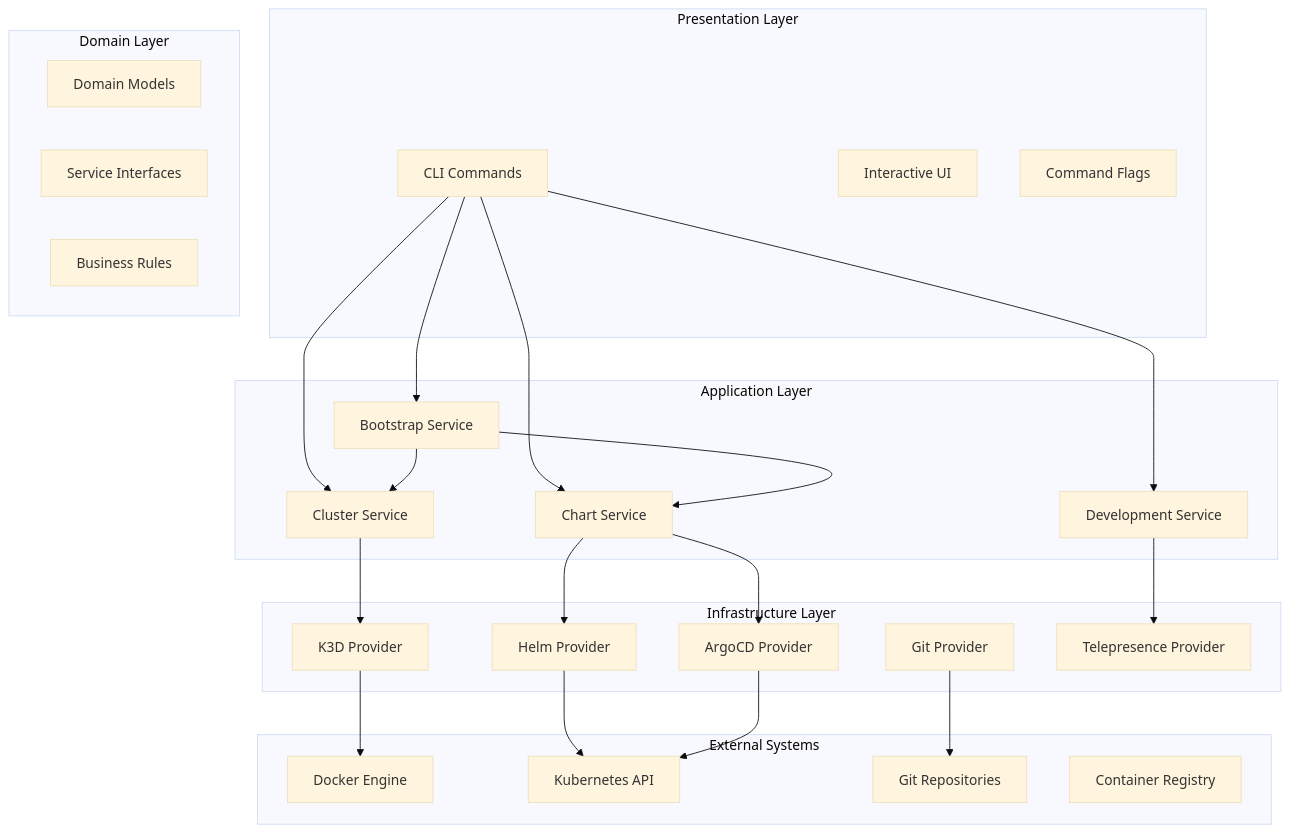
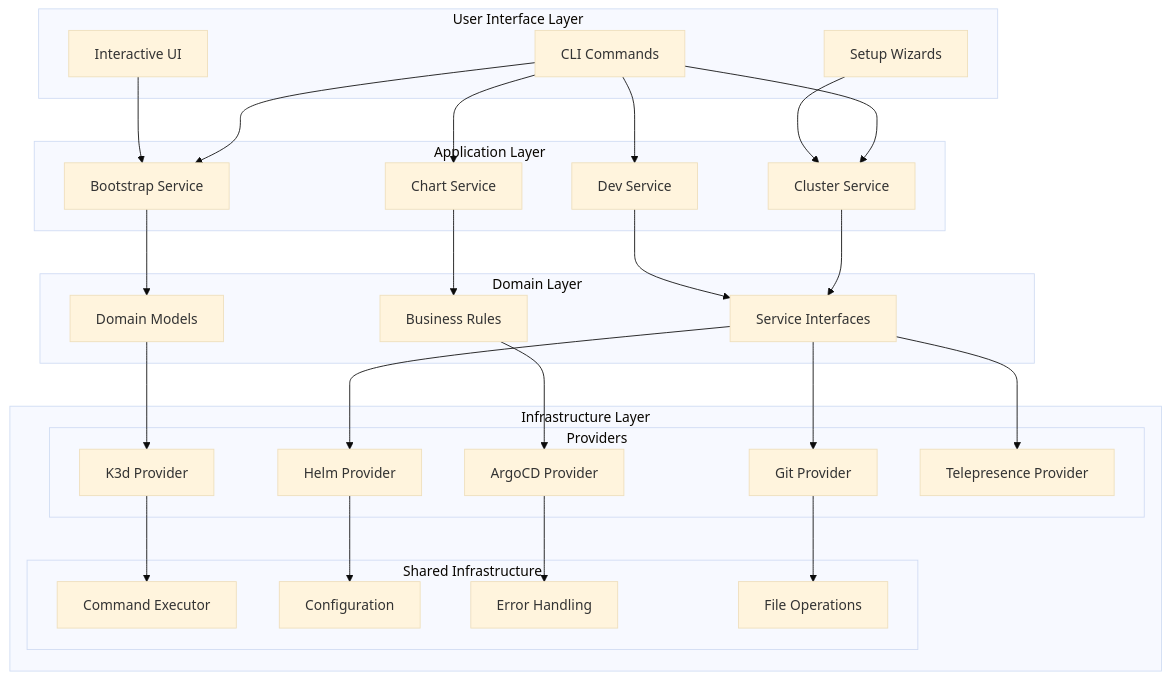
Before and after one commit to flamingo-stack/openframe-cli: the first of 8 diagrams in docs/development/architecture/overview.md, drawn with Mermaid (base theme). The commit also changed other lines of this file and 51 other files, not shown here.

````diff
--- a/docs/development/architecture/overview.md
+++ b/docs/development/architecture/overview.md
@@ -7,54 +26,62 @@
 ```mermaid
 graph TB
-    subgraph "Presentation Layer"
+    subgraph "User Interface Layer"
         CLI[CLI Commands]
         UI[Interactive UI]
-        Flags[Command Flags]
+        WIZARD[Setup Wizards]
     end
     
-    subgraph "Application Layer"  
-        Bootstrap[Bootstrap Service]
-        ClusterSvc[Cluster Service]
-        ChartSvc[Chart Service]
-        DevSvc[Development Service]
+    subgraph "Application Layer" 
+        BOOTSTRAP[Bootstrap Service]
+        CLUSTER[Cluster Service]
+        CHART[Chart Service]
+        DEV[Dev Service]
     end
     
     subgraph "Domain Layer"
-        Models[Domain Models]
-        Interfaces[Service Interfaces]
-        BusinessLogic[Business Rules]
+        MODELS[Domain Models]
+        INTERFACES[Service Interfaces]
+        POLICIES[Business Rules]
     end
     
     subgraph "Infrastructure Layer"
-        K3DProvider[K3D Provider]
-        HelmProvider[Helm Provider]
-        ArgoCDProvider[ArgoCD Provider]
-        GitProvider[Git Provider]
-        TelepresenceProvider[Telepresence Provider]
+        subgraph "Providers"
+            K3D[K3d Provider]
+            HELM[Helm Provider]
+            ARGOCD[ArgoCD Provider]
+            GIT[Git Provider]
+            TELEPRESENCE[Telepresence Provider]
+        end
+        
+        subgraph "Shared Infrastructure"
+            EXECUTOR[Command Executor]
+            CONFIG[Configuration]
+            ERRORS[Error Handling]
+            FILES[File Operations]
+        end
     end
     
-    subgraph "External Systems"
-        Docker[Docker Engine]
-        K8s[Kubernetes API]
-        Git[Git Repositories]
-        Registry[Container Registry]
-    end
+    CLI --> BOOTSTRAP
+    CLI --> CLUSTER
+    CLI --> CHART
+    CLI --> DEV
     
-    CLI --> Bootstrap
-    CLI --> ClusterSvc
-    CLI --> ChartSvc
-    CLI --> DevSvc
+    UI --> BOOTSTRAP
+    WIZARD --> CLUSTER
     
-    Bootstrap --> ClusterSvc
-    Bootstrap --> ChartSvc
+    BOOTSTRAP --> MODELS
+    CLUSTER --> INTERFACES
+    CHART --> POLICIES
+    DEV --> INTERFACES
     
-    ClusterSvc --> K3DProvider
-    ChartSvc --> HelmProvider
-    ChartSvc --> ArgoCDProvider
-    DevSvc --> TelepresenceProvider
+    MODELS --> K3D
+    INTERFACES --> HELM
+    POLICIES --> ARGOCD
+    INTERFACES --> GIT
+    INTERFACES --> TELEPRESENCE
     
-    K3DProvider --> Docker
-    HelmProvider --> K8s
-    ArgoCDProvider --> K8s
-    GitProvider --> Git
+    K3D --> EXECUTOR
+    HELM --> CONFIG
+    ARGOCD --> ERRORS
+    GIT --> FILES
 ```
````
